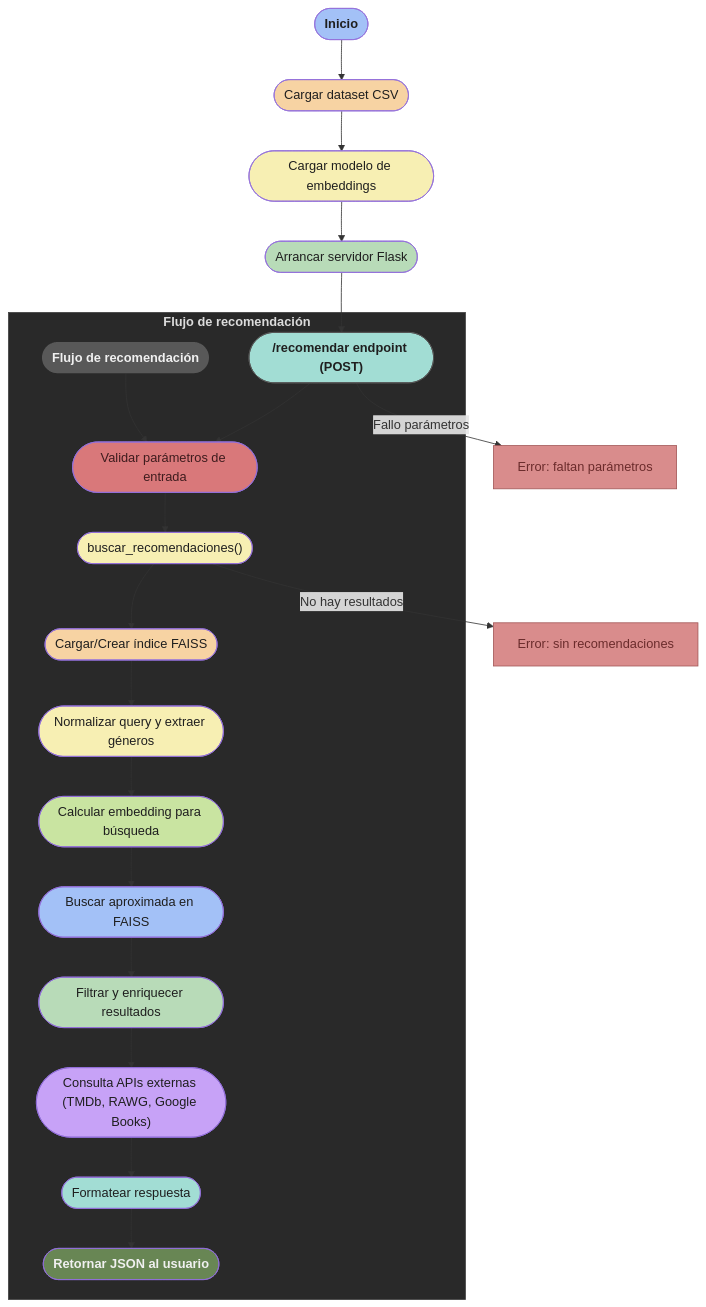
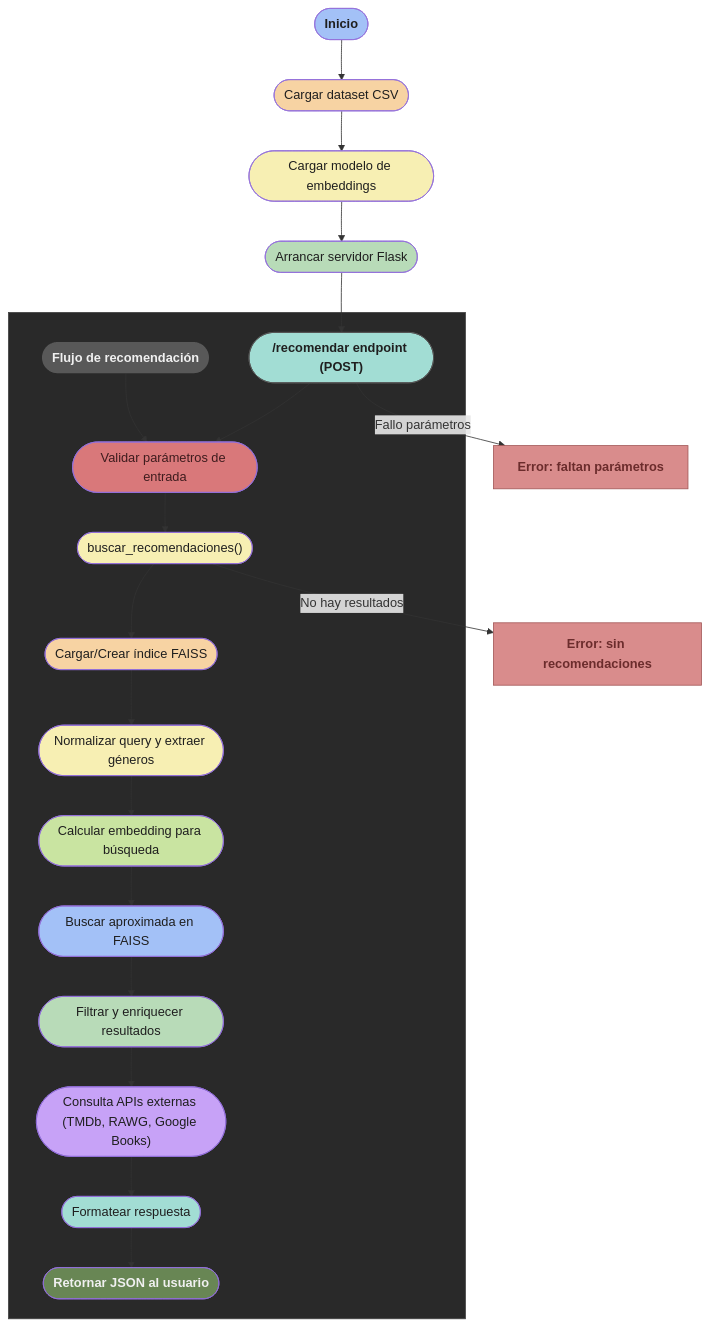
Before and after one commit to GerardoBlazquez/Sistema-de-Recomendaciones-Cruzadas: the diagram in README.md, drawn with Mermaid.

````diff
--- a/README.md
+++ b/README.md
@@ -150,62 +150,62 @@
 ```mermaid
 flowchart TD
     INICIO(["`**Inicio**`"])
     LOAD_DATASET(["Cargar dataset CSV"])
     LOAD_MODEL(["Cargar modelo de embeddings"])
     START_FLASK(["Arrancar servidor Flask"])
     RECOMENDAR_ENDPOINT(["`**/recomendar endpoint (POST)**`"])
 
     INICIO --> LOAD_DATASET
     LOAD_DATASET --> LOAD_MODEL
     LOAD_MODEL --> START_FLASK
     START_FLASK --> RECOMENDAR_ENDPOINT
 
 
-  subgraph Flujo_de_recomendacion["`**Flujo de recomendación**`"]
+  subgraph Flujo_de_recomendacion[" "]
     %% Nodo título
     TITULO(["`**Flujo de recomendación**`"]):::titulo
 
     %% Conexión fantasma para fijar TITULO arriba
     TITULO --> VALIDA_PARAMS
 
     %% Flujo real
     RECOMENDAR_ENDPOINT --> VALIDA_PARAMS(["Validar parámetros de entrada"])
     VALIDA_PARAMS --> BUSCA_RECOMENDACIONES(["buscar_recomendaciones()"])
     BUSCA_RECOMENDACIONES --> DATOS_INDEX(["Cargar/Crear índice FAISS"])
     DATOS_INDEX --> NORMALIZA_QUERY(["Normalizar query y extraer géneros"])
     NORMALIZA_QUERY --> CALC_EMBEDDING(["Calcular embedding para búsqueda"])
     CALC_EMBEDDING --> FAISS_SEARCH(["Buscar aproximada en FAISS"])
     FAISS_SEARCH --> FILTRA_RESULTADOS(["Filtrar y enriquecer resultados"])
     FILTRA_RESULTADOS --> EXTERNAL_API(["Consulta APIs externas (TMDb, RAWG, Google Books)"])
     EXTERNAL_API --> FORMATEA_RESPONSE(["Formatear respuesta"])
     FORMATEA_RESPONSE --> RETURN_JSON(["`**Retornar JSON al usuario**`"])
 end
 
 classDef titulo fill:#585858,color:#f0f0f0,stroke:none;
 classDef error fill:#d98c8c,color:#6b2c2c,stroke:#a25757;
 
-RECOMENDAR_ENDPOINT -->|Fallo parámetros| ERROR_PARAMS["Error: faltan parámetros"]:::error
-BUSCA_RECOMENDACIONES -->|No hay resultados| ERROR_NO_RESULTS["Error: sin recomendaciones"]:::error
+RECOMENDAR_ENDPOINT -->|Fallo parámetros| ERROR_PARAMS["`**Error: faltan parámetros**`"]:::error
+BUSCA_RECOMENDACIONES -->|No hay resultados| ERROR_NO_RESULTS["`**Error: sin recomendaciones**`"]:::error
 
 %% Estilos con colores pastel suavizados
 style INICIO fill:#a3c1f7,color:#1f1f1f
 style LOAD_DATASET fill:#f7d3a3,color:#1f1f1f
 style LOAD_MODEL fill:#f7efb3,color:#1f1f1f
 style START_FLASK fill:#b8dbb8,color:#1f1f1f
 style RECOMENDAR_ENDPOINT fill:#a2ddd4,stroke:#555555,color:#1f1f1f
 
 style VALIDA_PARAMS fill:#d9787a,color:#3f1c1e
 style BUSCA_RECOMENDACIONES fill:#f7efb3,color:#1f1f1f
 style DATOS_INDEX fill:#f7d3a3,color:#1f1f1f
 style NORMALIZA_QUERY fill:#f7efb3,color:#1f1f1f
 style CALC_EMBEDDING fill:#c9e4a1,color:#1f1f1f
 style FAISS_SEARCH fill:#a3c1f7,color:#1f1f1f
 style FILTRA_RESULTADOS fill:#b8dbb8,color:#1f1f1f
 style EXTERNAL_API fill:#c7a2f7,color:#1f1f1f
 style FORMATEA_RESPONSE fill:#a2ddd4,color:#1f1f1f
 style RETURN_JSON fill:#688654,color:#f0f0f0
 
 %% Color del subgrafo
 style Flujo_de_recomendacion fill:#292929,stroke:#444444,color:#dcdcdc
 
 ```
````
